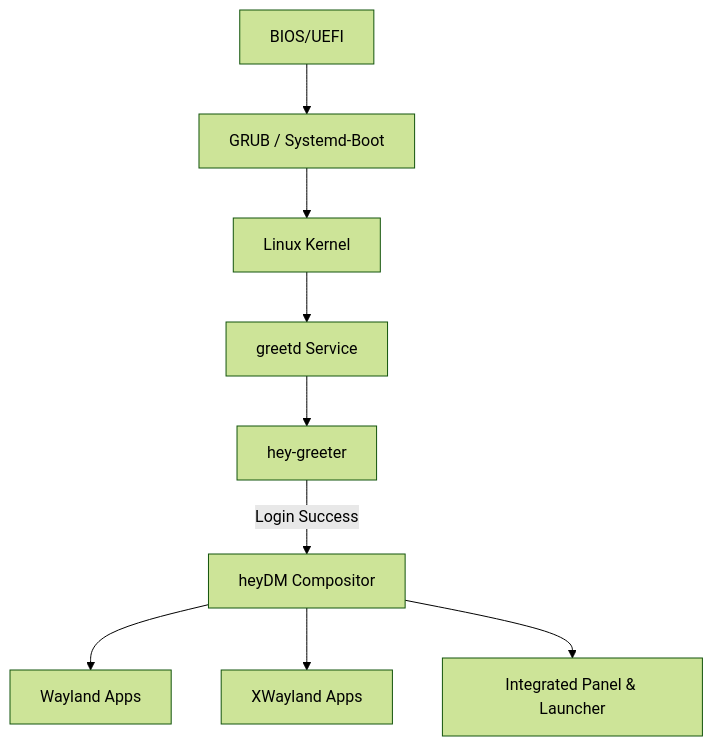
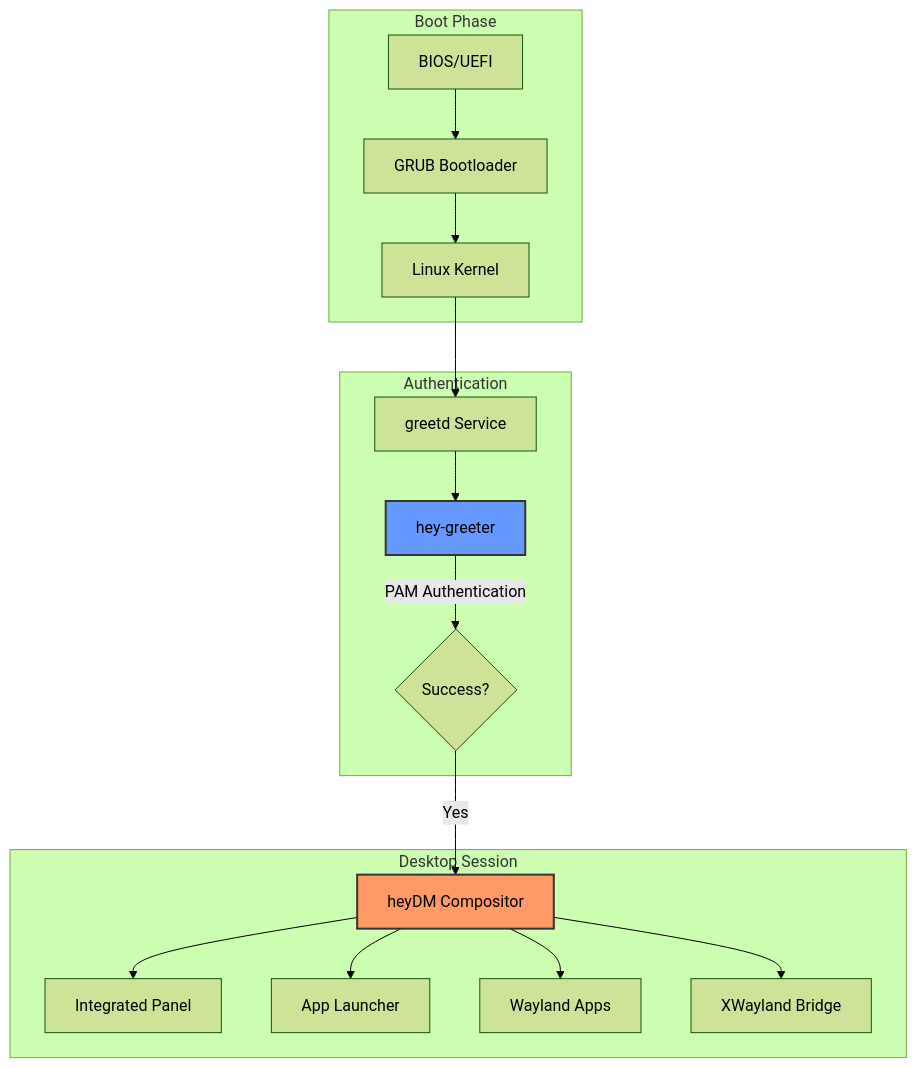
One commit to darkness-38/heyosx changed the diagram in README.md. Above: the diagram before and after it, drawn with Mermaid (forest theme). The commit also changed other lines of this file, not shown here.

````diff
--- a/README.md
+++ b/README.md
@@ -32,11 +46,24 @@
 ```mermaid
 graph TD
-    A[BIOS/UEFI] --> B[GRUB / Systemd-Boot]
-    B --> C[Linux Kernel]
-    C --> D[greetd Service]
-    D --> E[hey-greeter]
-    E -- Login Success --> F[heyDM Compositor]
-    F --> G[Wayland Apps]
-    F --> H[XWayland Apps]
-    F --> I[Integrated Panel & Launcher]
+    subgraph Boot Phase
+        A[BIOS/UEFI] --> B[GRUB Bootloader]
+        B --> C[Linux Kernel]
+    end
+
+    subgraph Authentication
+        C --> D[greetd Service]
+        D --> E[hey-greeter]
+        E -- PAM Authentication --> F{Success?}
+    end
+
+    subgraph Desktop Session
+        F -- Yes --> G[heyDM Compositor]
+        G --> H[Integrated Panel]
+        G --> I[App Launcher]
+        G --> J[Wayland Apps]
+        G --> K[XWayland Bridge]
+    end
+
+    style G fill:#f96,stroke:#333,stroke-width:2px
+    style E fill:#69f,stroke:#333,stroke-width:2px
 ```
````
